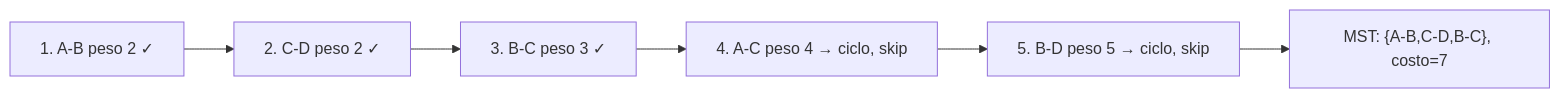
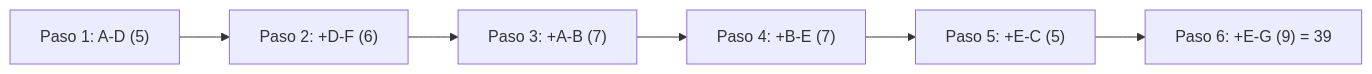
Diagram 21 of 21 in docs/matematica_discreta/07_grafos/07_grafos.md (AndresManuelArias/statistical_study), drawn with Mermaid before and after one commit. The commit also changed other lines of this file and 1 other file, not shown here.

````diff
--- a/docs/matematica_discreta/07_grafos/07_grafos.md
+++ b/docs/matematica_discreta/07_grafos/07_grafos.md
@@ -580,8 +634,8 @@
 ```mermaid
 flowchart LR
-    A["1. A-B peso 2 ✓"] --> B["2. C-D peso 2 ✓"]
-    B --> C["3. B-C peso 3 ✓"]
-    C --> D["4. A-C peso 4 → ciclo, skip"]
-    D --> E["5. B-D peso 5 → ciclo, skip"]
-    E --> F["MST: {A-B,C-D,B-C}, costo=7"]
+    P1["Paso 1: A-D (5)"] --> P2["Paso 2: +D-F (6)"]
+    P2 --> P3["Paso 3: +A-B (7)"]
+    P3 --> P4["Paso 4: +B-E (7)"]
+    P4 --> P5["Paso 5: +E-C (5)"]
+    P5 --> P6["Paso 6: +E-G (9) = 39"]
 ```
````
